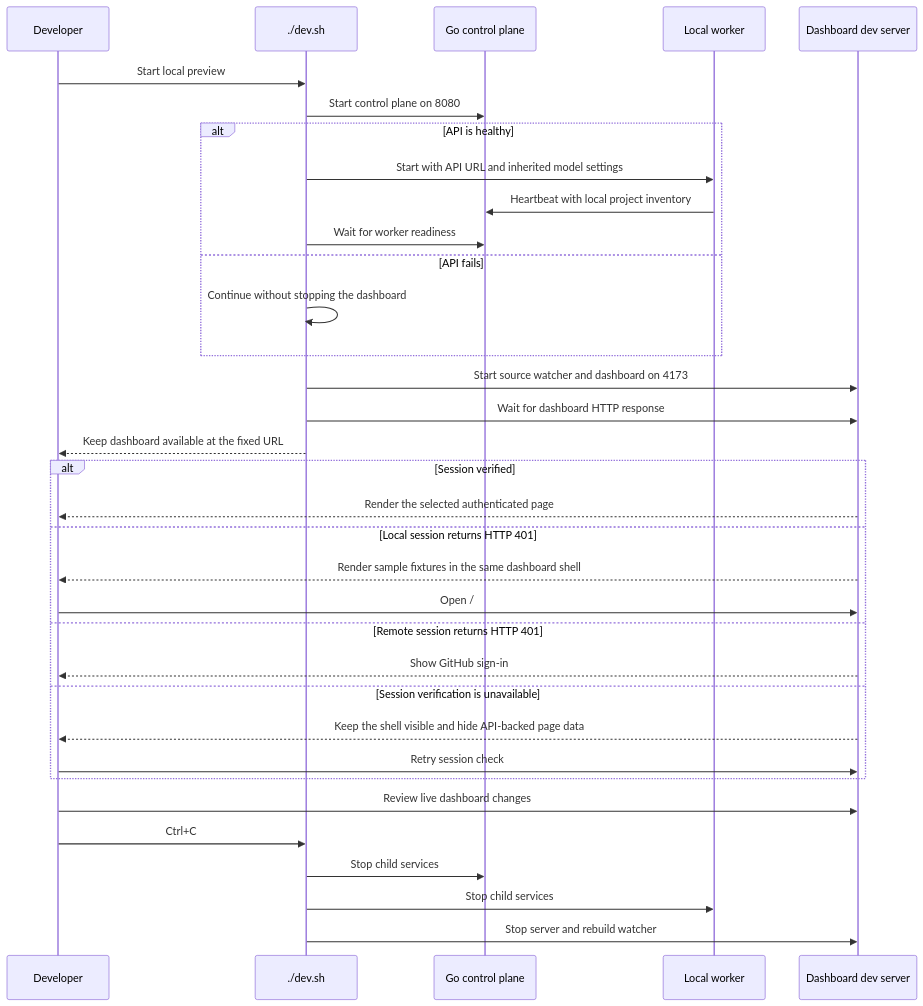
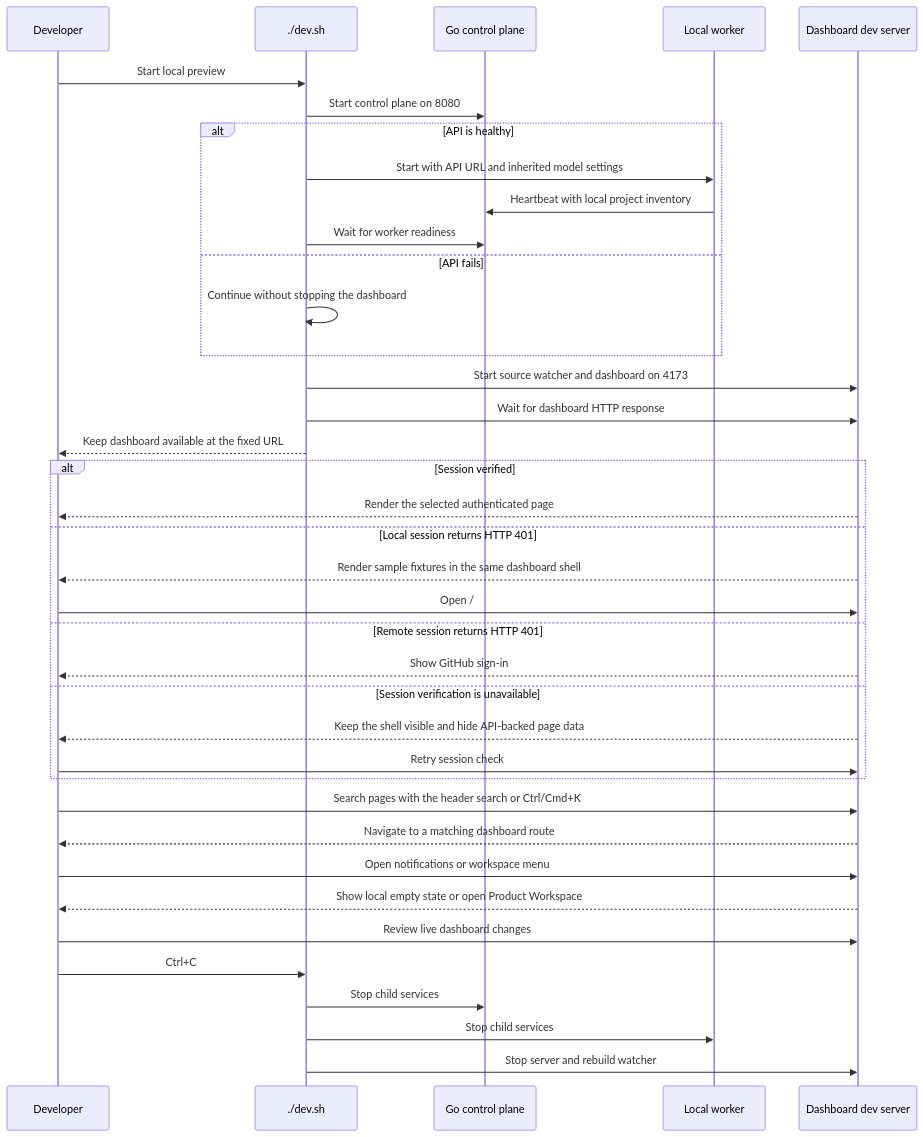
One commit to bogdaniel/zenchron-engineering-os changed the diagram in docs/features/local-preview.md. Above: the diagram before and after it, drawn with Mermaid. The commit also changed other lines of this file and 22 other files, not shown here.

````diff
--- a/docs/features/local-preview.md
+++ b/docs/features/local-preview.md
@@ -8,36 +8,40 @@
 ```mermaid
 sequenceDiagram
     participant Dev as Developer
     participant Start as ./dev.sh
     participant API as Go control plane
     participant Worker as Local worker
     participant UI as Dashboard dev server
     Dev->>Start: Start local preview
     Start->>API: Start control plane on 8080
     alt API is healthy
         Start->>Worker: Start with API URL and inherited model settings
         Worker->>API: Heartbeat with local project inventory
         Start->>API: Wait for worker readiness
     else API fails
         Start->>Start: Continue without stopping the dashboard
     end
     Start->>UI: Start source watcher and dashboard on 4173
     Start->>UI: Wait for dashboard HTTP response
     Start-->>Dev: Keep dashboard available at the fixed URL
     alt Session verified
         UI-->>Dev: Render the selected authenticated page
     else Local session returns HTTP 401
         UI-->>Dev: Render sample fixtures in the same dashboard shell
         Dev->>UI: Open /#login when sign-in is needed
     else Remote session returns HTTP 401
         UI-->>Dev: Show GitHub sign-in
     else Session verification is unavailable
         UI-->>Dev: Keep the shell visible and hide API-backed page data
         Dev->>UI: Retry session check
     end
+    Dev->>UI: Search pages with the header search or Ctrl/Cmd+K
+    UI-->>Dev: Navigate to a matching dashboard route
+    Dev->>UI: Open notifications or workspace menu
+    UI-->>Dev: Show local empty state or open Product Workspace
     Dev->>UI: Review live dashboard changes
     Dev->>Start: Ctrl+C
     Start->>API: Stop child services
     Start->>Worker: Stop child services
     Start->>UI: Stop server and rebuild watcher
 ```
````
